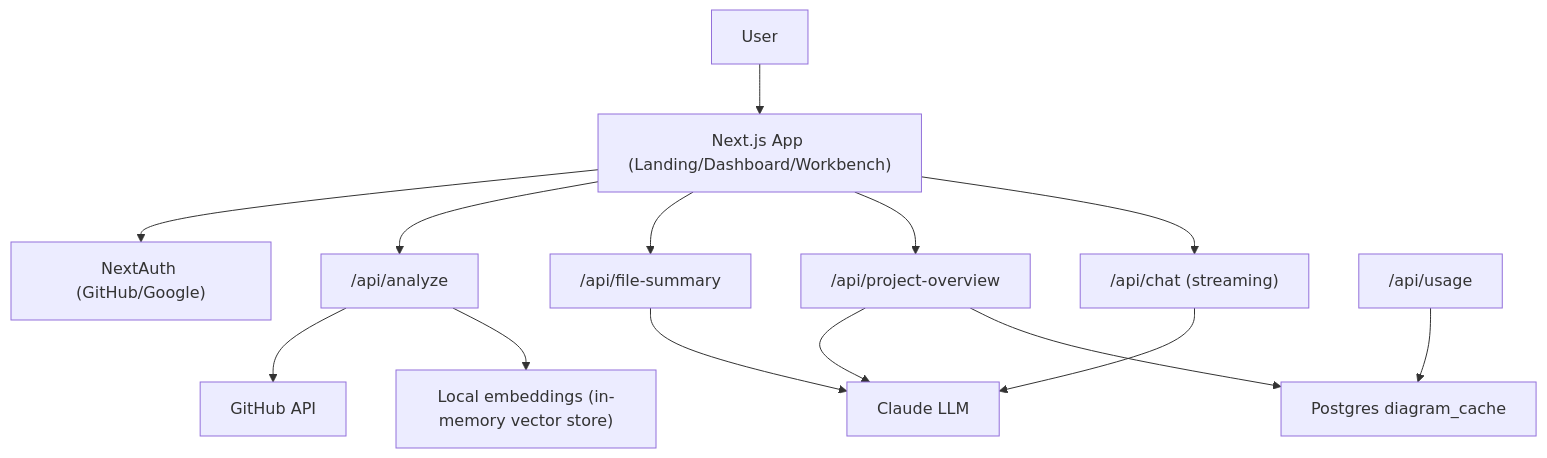
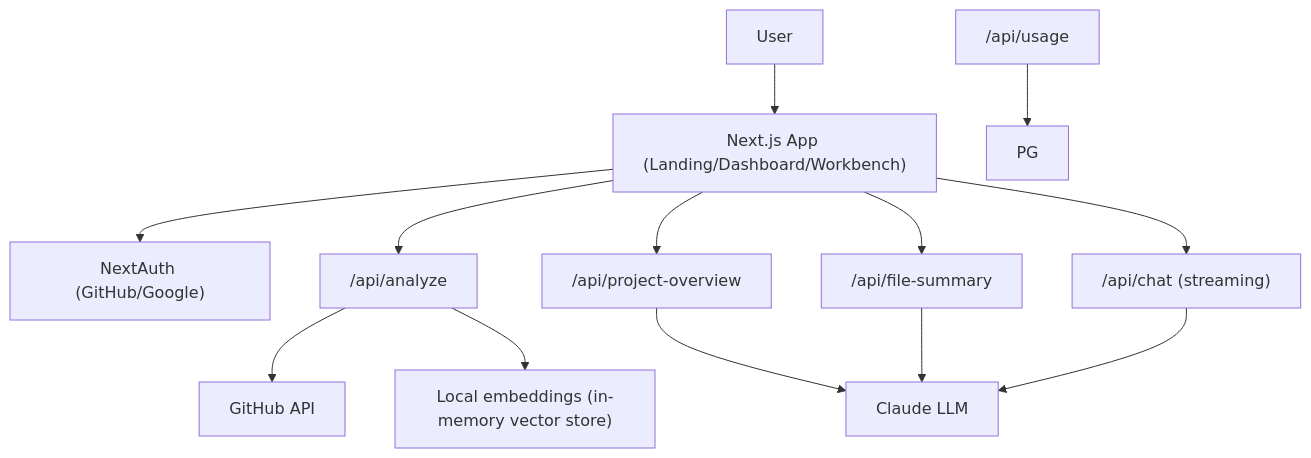
The diagram in README.md (Tusharkaushik1106/gitlore), drawn with Mermaid before and after one commit. The commit also changed other lines of this file and 13 other files, not shown here.

````diff
--- a/README.md
+++ b/README.md
@@ -15,16 +15,15 @@
 ```mermaid
 flowchart TD
   User["User"] --> UI["Next.js App (Landing/Dashboard/Workbench)"]
   UI --> Auth["NextAuth (GitHub/Google)"]
   UI --> Analyze["/api/analyze"]
   UI --> FileSummary["/api/file-summary"]
   UI --> ProjectOverview["/api/project-overview"]
   UI --> Chat["/api/chat (streaming)"]
   Analyze --> GitHub["GitHub API"]
   Analyze --> Embeddings["Local embeddings (in-memory vector store)"]
   ProjectOverview --> Claude["Claude LLM"]
   FileSummary --> Claude
   Chat --> Claude
-  ProjectOverview --> PG["Postgres diagram_cache"]
   Usage["/api/usage"] --> PG
 ```
````
